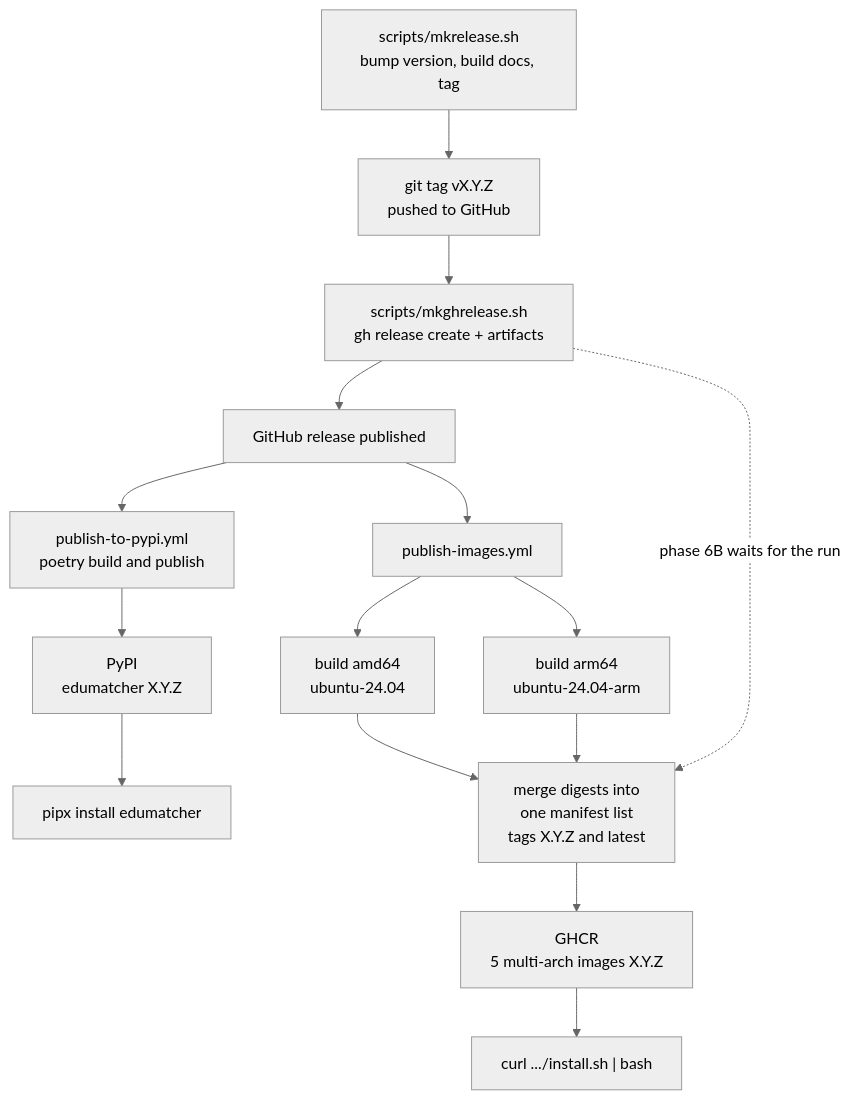
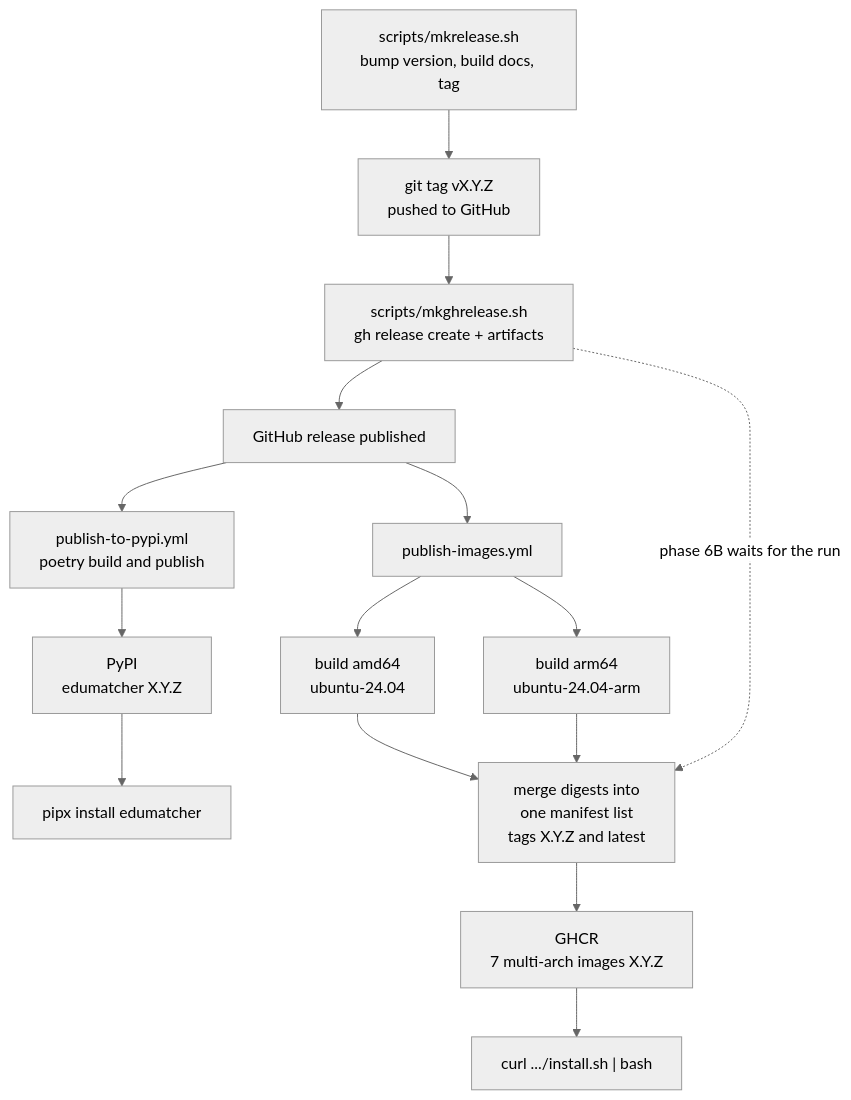
One commit to johan162/EduMatcher changed the diagram in docs/books/architecture-and-development/part-5-releasing/010-release-process.md. Above: the diagram before and after it, drawn with Mermaid (neutral theme). The commit also changed other lines of this file and 71 other files, not shown here.

````diff
--- a/docs/books/architecture-and-development/part-5-releasing/010-release-process.md
+++ b/docs/books/architecture-and-development/part-5-releasing/010-release-process.md
@@ -14,28 +14,28 @@
 ```mermaid
 flowchart TD
     MK["scripts/mkrelease.sh\nbump version, build docs, tag"]
     TAG["git tag vX.Y.Z\npushed to GitHub"]
     GH["scripts/mkghrelease.sh\ngh release create + artifacts"]
     REL["GitHub release published"]
 
     PYPI["publish-to-pypi.yml\npoetry build and publish"]
     IMG["publish-images.yml"]
 
     AMD["build amd64\nubuntu-24.04"]
     ARM["build arm64\nubuntu-24.04-arm"]
     MERGE["merge digests into\none manifest list\ntags X.Y.Z and latest"]
 
     OUTP["PyPI\nedumatcher X.Y.Z"]
-    OUTC["GHCR\n5 multi-arch images X.Y.Z"]
+    OUTC["GHCR\n7 multi-arch images X.Y.Z"]
 
     USER1["pipx install edumatcher"]
     USER2["curl .../install.sh | bash"]
 
     MK --> TAG --> GH --> REL
     REL --> PYPI --> OUTP --> USER1
     REL --> IMG
     IMG --> AMD --> MERGE
     IMG --> ARM --> MERGE
     MERGE --> OUTC --> USER2
     GH -.->|"phase 6B waits for the run"| MERGE
 ```
````
